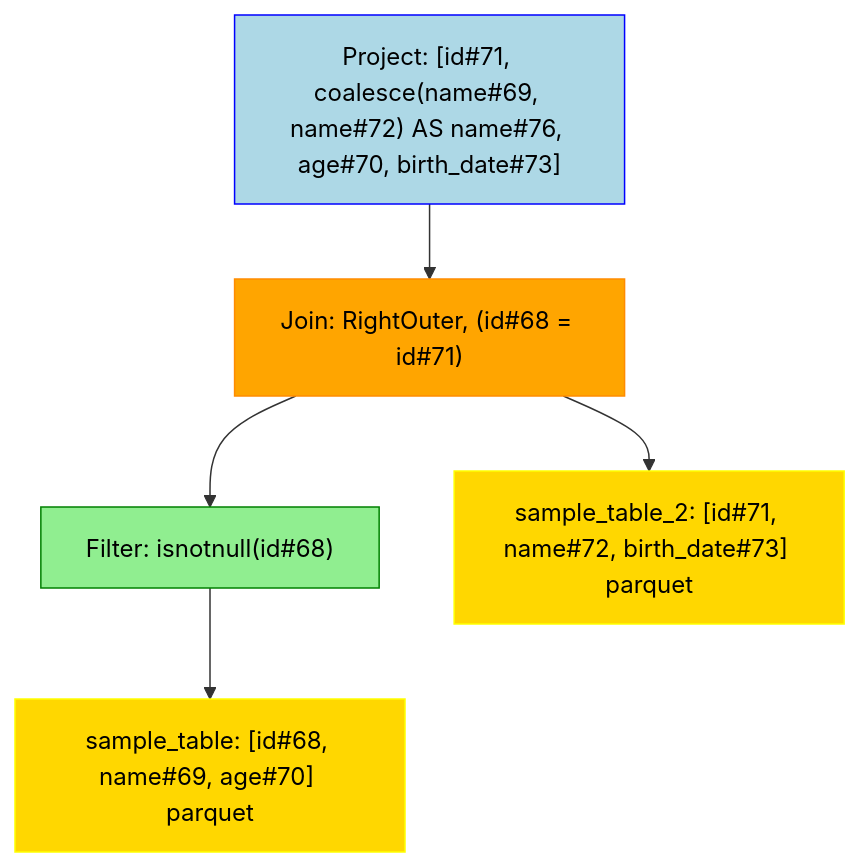
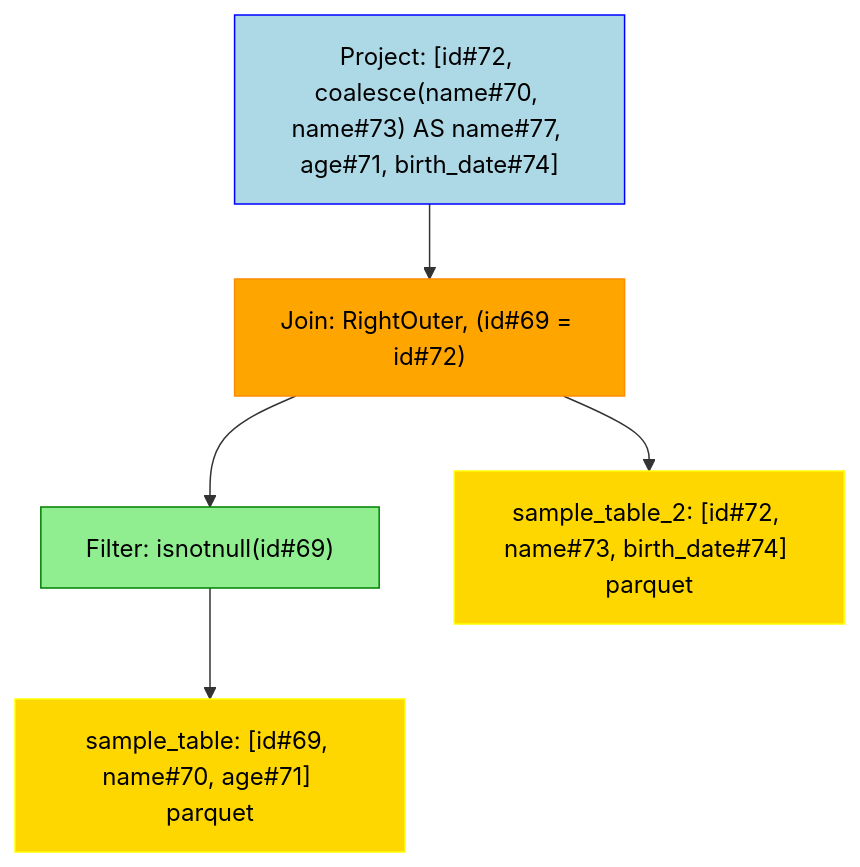
The diagram in data/visualization/join_right.mmd (NielkNetraam/explainalyzed), drawn with Mermaid before and after one commit. The commit also changed 61 other files, not shown here.

```diff
--- a/data/visualization/join_right.mmd
+++ b/data/visualization/join_right.mmd
@@ -1,19 +1,19 @@
 flowchart TD
     classDef PROJECT stroke:Blue,fill:LightBlue,color:black
     classDef FILTER stroke:Green,fill:LightGreen,color:black
     classDef UNION stroke:Purple,fill:Violet,color:black
     classDef JOIN stroke:DarkOrange,fill:Orange,color:black
     classDef RELATION stroke:Yellow,fill:Gold,color:black
     classDef AGGREGATE stroke:Brown,fill:Chocolate,color:black
     classDef WINDOW stroke:Aqua,fill:Cyan,color:black
 
-    Project#00001["Project: [id#71, coalesce(name#69, name#72) AS name#76, age#70, birth_date#73]"]:::PROJECT
-    Join#00002["Join: RightOuter, (id#68 = id#71)"]:::JOIN
-    Filter#00003["Filter: isnotnull(id#68)"]:::FILTER
-    Relation#00004["sample_table: [id#68, name#69, age#70] parquet"]:::RELATION
-    Relation#00005["sample_table_2: [id#71, name#72, birth_date#73] parquet"]:::RELATION
+    Project#00001["Project: [id#72, coalesce(name#70, name#73) AS name#77, age#71, birth_date#74]"]:::PROJECT
+    Join#00002["Join: RightOuter, (id#69 = id#72)"]:::JOIN
+    Filter#00003["Filter: isnotnull(id#69)"]:::FILTER
+    Relation#00004["sample_table: [id#69, name#70, age#71] parquet"]:::RELATION
+    Relation#00005["sample_table_2: [id#72, name#73, birth_date#74] parquet"]:::RELATION
 
     Project#00001 --> Join#00002
         Join#00002 --> Filter#00003
             Filter#00003 --> Relation#00004
         Join#00002 --> Relation#00005
```
